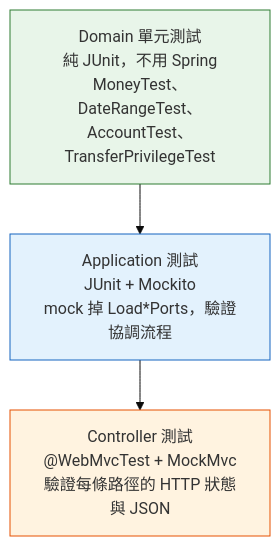
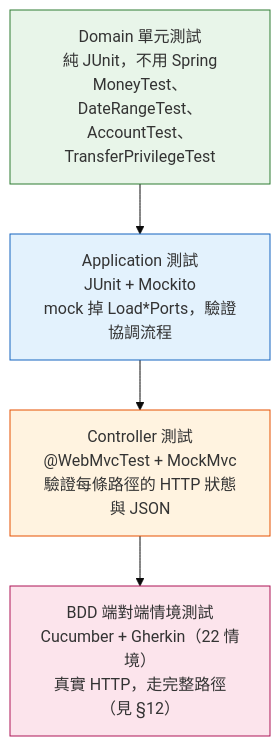
Before and after one commit to ChunPingWang/spring-boot-ddd-hexagonal-cqrs-tutorial: the sixth of 6 diagrams in README.md, drawn with Mermaid (base theme). The commit also changed other lines of this file and 15 other files, not shown here.

First line of the commit message:
測試：新增 Cucumber BDD 情境測試並於 README 說明 BDD

````diff
--- a/README.md
+++ b/README.md
@@ -451,10 +452,12 @@
 ```mermaid
 flowchart TB
     D["Domain 單元測試<br/>純 JUnit，不用 Spring<br/>MoneyTest、DateRangeTest、AccountTest、TransferPrivilegeTest"]
     A["Application 測試<br/>JUnit + Mockito<br/>mock 掉 Load*Ports，驗證協調流程"]
     W["Controller 測試<br/>@WebMvcTest + MockMvc<br/>驗證每條路徑的 HTTP 狀態與 JSON"]
-    D --> A --> W
+    E["BDD 端對端情境測試<br/>Cucumber + Gherkin（22 情境）<br/>真實 HTTP，走完整路徑（見 §12）"]
+    D --> A --> W --> E
     style D fill:#e8f5e9,stroke:#2e7d32
     style A fill:#e3f2fd,stroke:#1565c0
     style W fill:#fff3e0,stroke:#e65100
+    style E fill:#fce4ec,stroke:#ad1457
 ```
````
